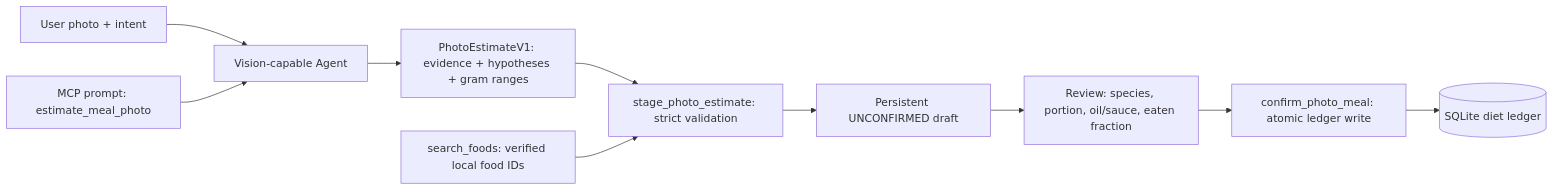
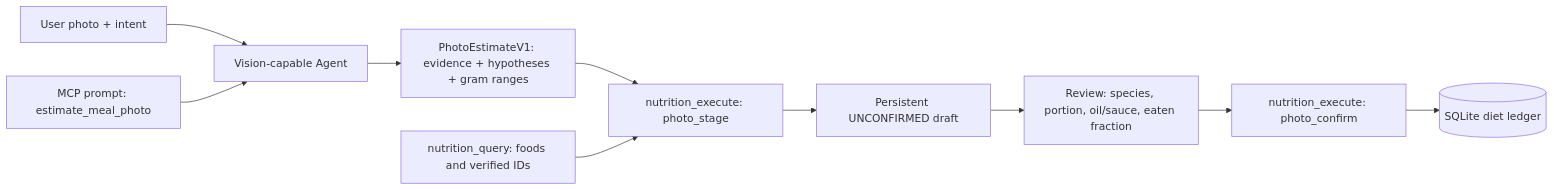
One commit to Jasonatafricanow/Nutrition-Tracker-MCP changed the diagram in docs/PHOTO_ESTIMATION_PROTOCOL.md. Above: the diagram before and after it, drawn with Mermaid. The commit also changed other lines of this file and 13 other files, not shown here.

````diff
--- a/docs/PHOTO_ESTIMATION_PROTOCOL.md
+++ b/docs/PHOTO_ESTIMATION_PROTOCOL.md
@@ -9,12 +11,12 @@
 ```mermaid
 flowchart LR
   U[User photo + intent] --> V[Vision-capable Agent]
   P[MCP prompt: estimate_meal_photo] --> V
   V --> IR[PhotoEstimateV1: evidence + hypotheses + gram ranges]
-  IR --> C[stage_photo_estimate: strict validation]
-  F[search_foods: verified local food IDs] --> C
+  IR --> C[nutrition_execute: photo_stage]
+  F[nutrition_query: foods and verified IDs] --> C
   C --> D[Persistent UNCONFIRMED draft]
   D --> R[Review: species, portion, oil/sauce, eaten fraction]
-  R --> W[confirm_photo_meal: atomic ledger write]
+  R --> W[nutrition_execute: photo_confirm]
   W --> DB[(SQLite diet ledger)]
 ```
````
